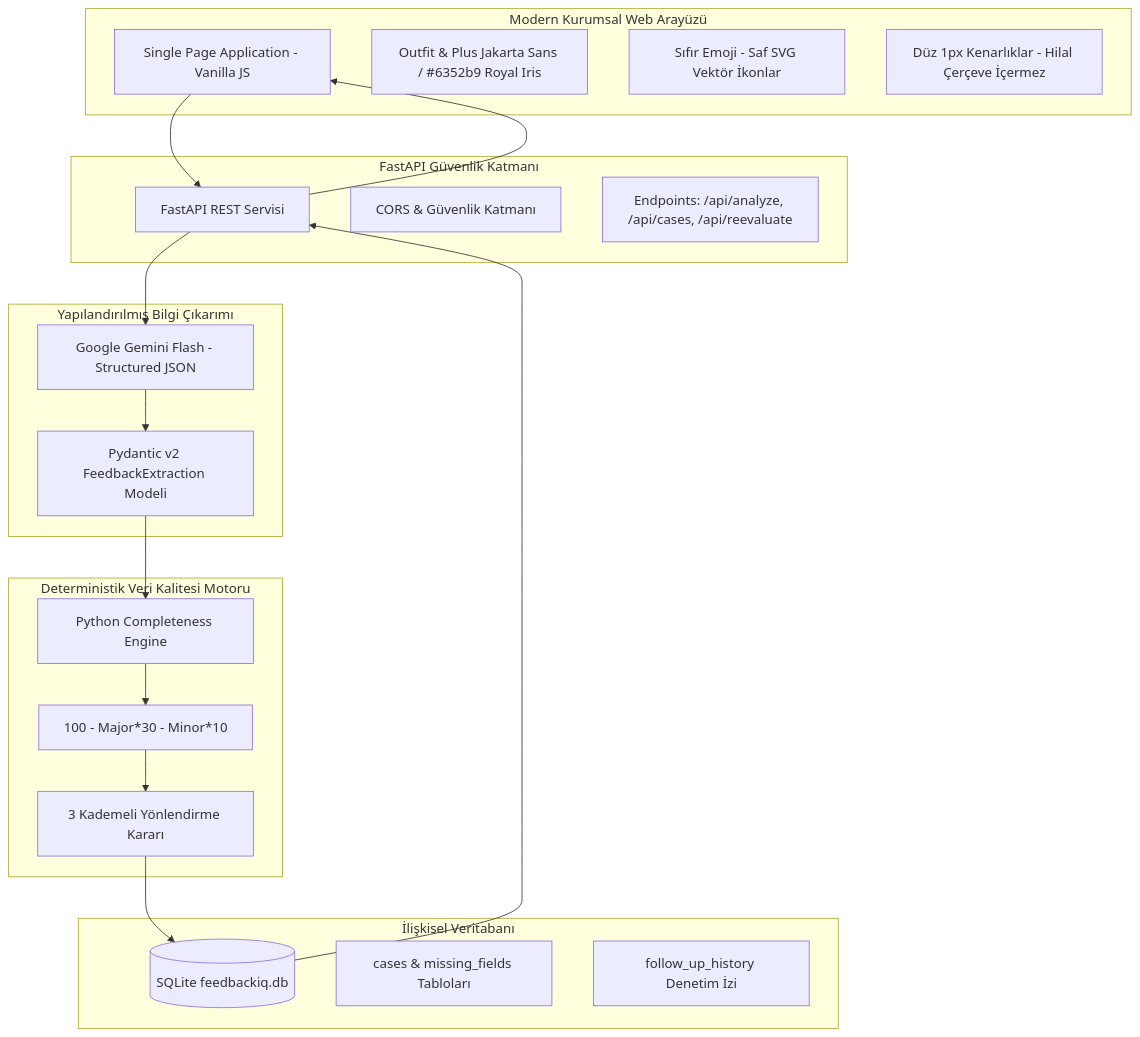
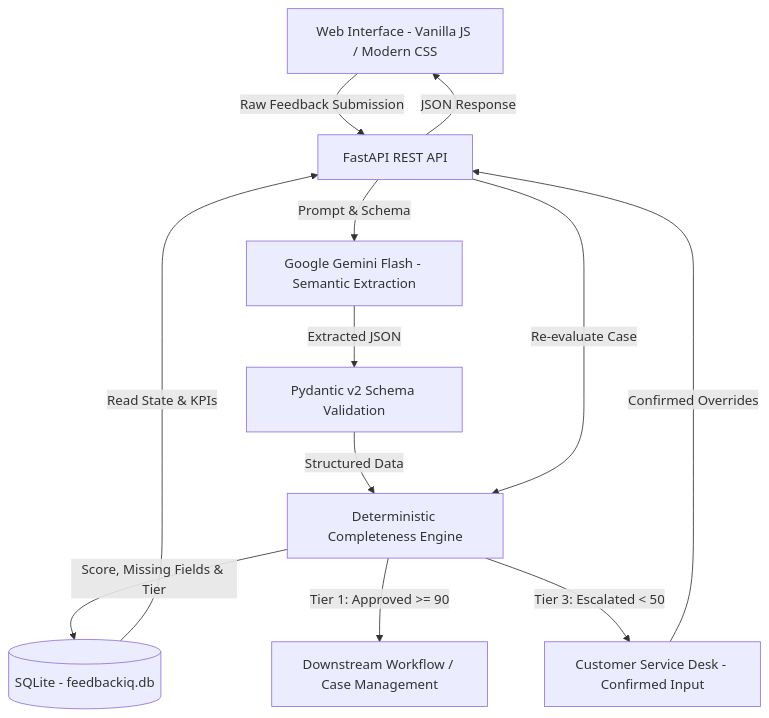
The diagram in README.md (efehakanyildiz/FeedbackIQ), drawn with Mermaid before and after one commit. The commit also changed other lines of this file, not shown here.

Commit message:
docs: rewrite README with corporate POC positioning, clear business problem, and deterministic scoring

````diff
--- a/README.md
+++ b/README.md
@@ -155,42 +181,24 @@
 ```mermaid
 graph TD
-    subgraph Frontend [Modern Kurumsal Web Arayüzü]
-        UI[Single Page Application - Vanilla JS]
-        Style[Outfit & Plus Jakarta Sans / #6352b9 Royal Iris]
-        NoEmoji[Sıfır Emoji - Saf SVG Vektör İkonlar]
-        CleanBorders[Düz 1px Kenarlıklar - Hilal Çerçeve İçermez]
-    end
+    UI[Web Interface - Vanilla JS / Modern CSS]
+    API[FastAPI REST API]
+    Gemini[Google Gemini Flash - Semantic Extraction]
+    Pydantic[Pydantic v2 Schema Validation]
+    RulesEngine[Deterministic Completeness Engine]
+    DB[(SQLite - feedbackiq.db)]
+    Workflow[Downstream Workflow / Case Management]
+    CSDesk[Customer Service Desk - Confirmed Input]
 
-    subgraph Backend [FastAPI Güvenlik Katmanı]
-        API[FastAPI REST Servisi]
-        CORS[CORS & Güvenlik Katmanı]
-        Router[Endpoints: /api/analyze, /api/cases, /api/reevaluate]
-    end
+    UI -->|Raw Feedback Submission| API
+    API -->|Prompt & Schema| Gemini
+    Gemini -->|Extracted JSON| Pydantic
+    Pydantic -->|Structured Data| RulesEngine
+    RulesEngine -->|Score, Missing Fields & Tier| DB
+    DB -->|Read State & KPIs| API
+    API -->|JSON Response| UI
 
-    subgraph Extraction [Yapılandırılmış Bilgi Çıkarımı]
-        Gemini[Google Gemini Flash - Structured JSON]
-        PydanticSchema[Pydantic v2 FeedbackExtraction Modeli]
-    end
-
-    subgraph QualityEngine [Deterministik Veri Kalitesi Motoru]
-        RuleEngine[Python Completeness Engine]
-        ScoreFormula[100 - Major*30 - Minor*10]
-        TriageDecision[3 Kademeli Yönlendirme Kararı]
-    end
-
-    subgraph Storage [İlişkisel Veritabanı]
-        SQLite[(SQLite feedbackiq.db)]
-        CasesTable[cases & missing_fields Tabloları]
-        HistoryTable[follow_up_history Denetim İzi]
-    end
-
-    UI --> API
-    API --> Gemini
-    Gemini --> PydanticSchema
-    PydanticSchema --> RuleEngine
-    RuleEngine --> ScoreFormula
-    ScoreFormula --> TriageDecision
-    TriageDecision --> SQLite
-    SQLite --> API
-    API --> UI
+    RulesEngine -->|Tier 1: Approved >= 90| Workflow
+    RulesEngine -->|Tier 3: Escalated < 50| CSDesk
+    CSDesk -->|Confirmed Overrides| API
+    API -->|Re-evaluate Case| RulesEngine
 ```
````
